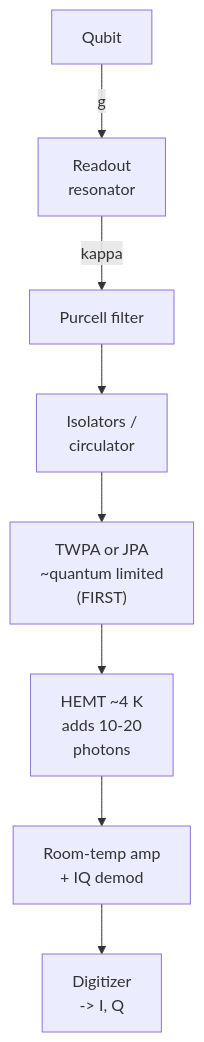
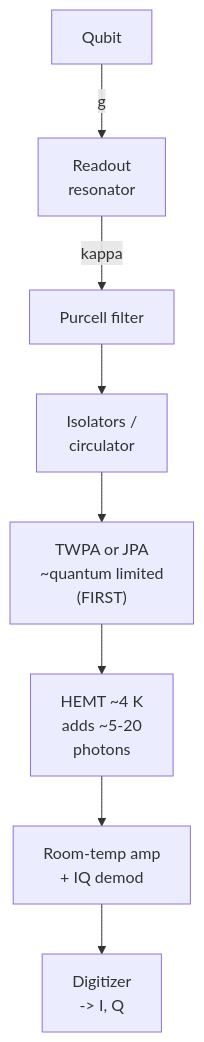
The second of 2 diagrams in tutorial/06-readout.md (Iamsohungrynow/superconducting-qubits-journey), drawn with Mermaid before and after one commit. The commit also changed other lines of this file and 11 other files, not shown here.

First line of the commit message:
Chapters: replace ASCII sketches with diagrams; physics and prose fixes

````diff
--- a/tutorial/06-readout.md
+++ b/tutorial/06-readout.md
@@ -162,10 +166,10 @@
 ```mermaid
 flowchart TD
     Q["Qubit"] -->|"g"| R["Readout<br/>resonator"]
     R -->|"kappa"| PF["Purcell filter"]
     PF --> ISO["Isolators /<br/>circulator"]
     ISO --> PA["TWPA or JPA<br/>~quantum limited<br/>(FIRST)"]
-    PA --> HEMT["HEMT ~4 K<br/>adds 10-20<br/>photons"]
+    PA --> HEMT["HEMT ~4 K<br/>adds ~5-20<br/>photons"]
     HEMT --> RT["Room-temp amp<br/>+ IQ demod"]
     RT --> ADC["Digitizer<br/>-> I, Q"]
 ```
````
